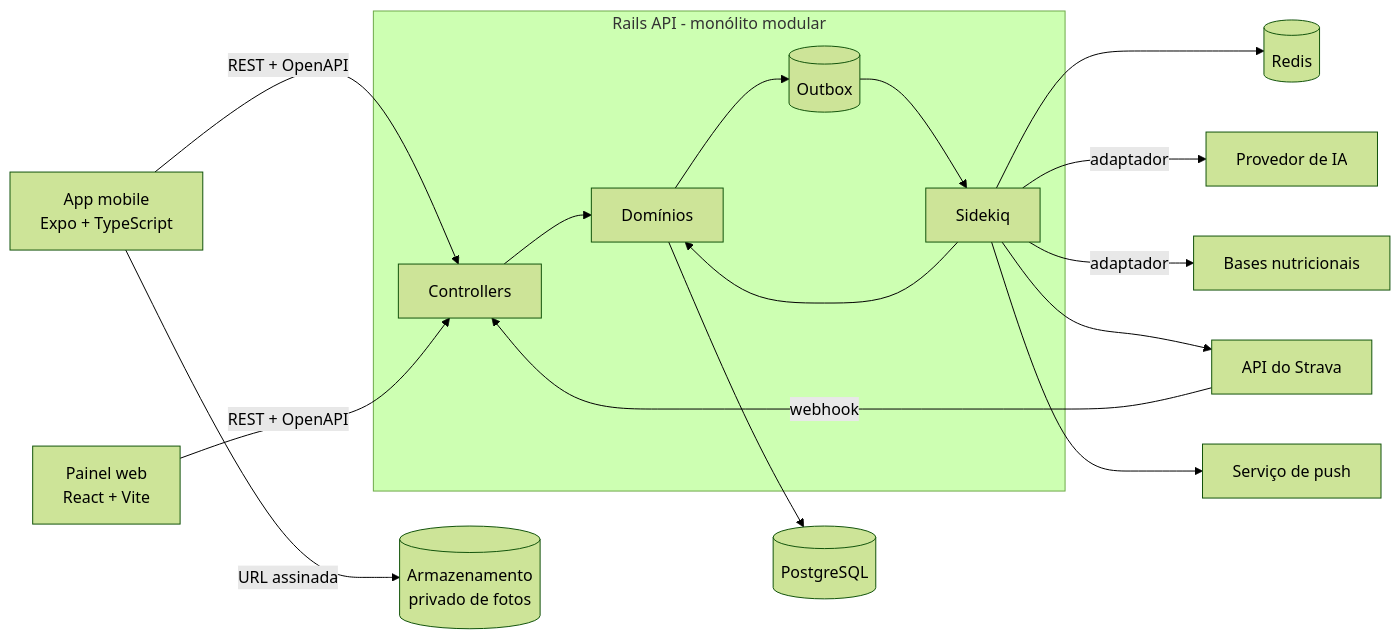
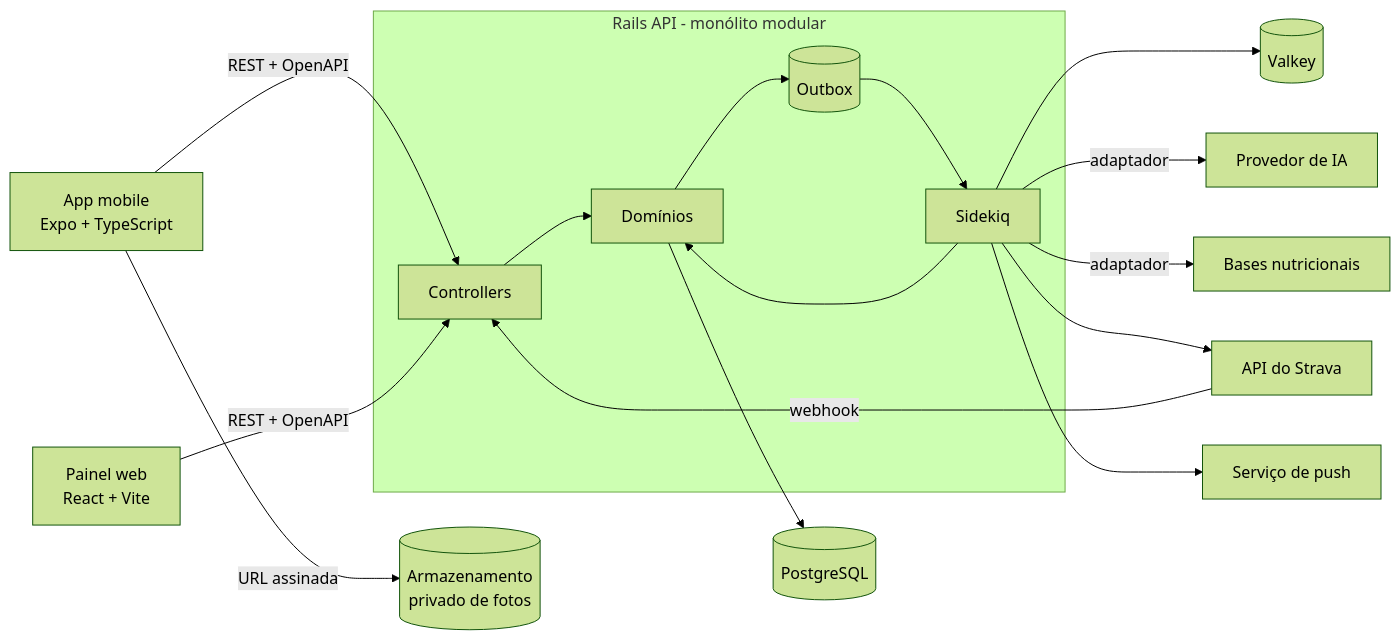
The first of 3 diagrams in docs/architecture/SYSTEM_OVERVIEW.md (giovanic/nexora), drawn with Mermaid (forest theme) before and after one commit. The commit also changed other lines of this file and 14 other files, not shown here.

````diff
--- a/docs/architecture/SYSTEM_OVERVIEW.md
+++ b/docs/architecture/SYSTEM_OVERVIEW.md
@@ -9,19 +9,19 @@
 ```mermaid
 flowchart LR
   M[App mobile<br/>Expo + TypeScript] -->|REST + OpenAPI| API
   W[Painel web<br/>React + Vite] -->|REST + OpenAPI| API
   M -->|URL assinada| S3[(Armazenamento<br/>privado de fotos)]
   subgraph Backend [Rails API - monólito modular]
     API[Controllers] --> D[Domínios]
     D --> OB[(Outbox)]
     J[Sidekiq] --> D
     OB --> J
   end
   D --> PG[(PostgreSQL)]
-  J --> R[(Redis)]
+  J --> R[(Valkey)]
   J -->|adaptador| IA[Provedor de IA]
   J -->|adaptador| NB[Bases nutricionais]
   J --> STV[API do Strava]
   STV -->|webhook| API
   J --> PUSH[Serviço de push]
 ```
````
